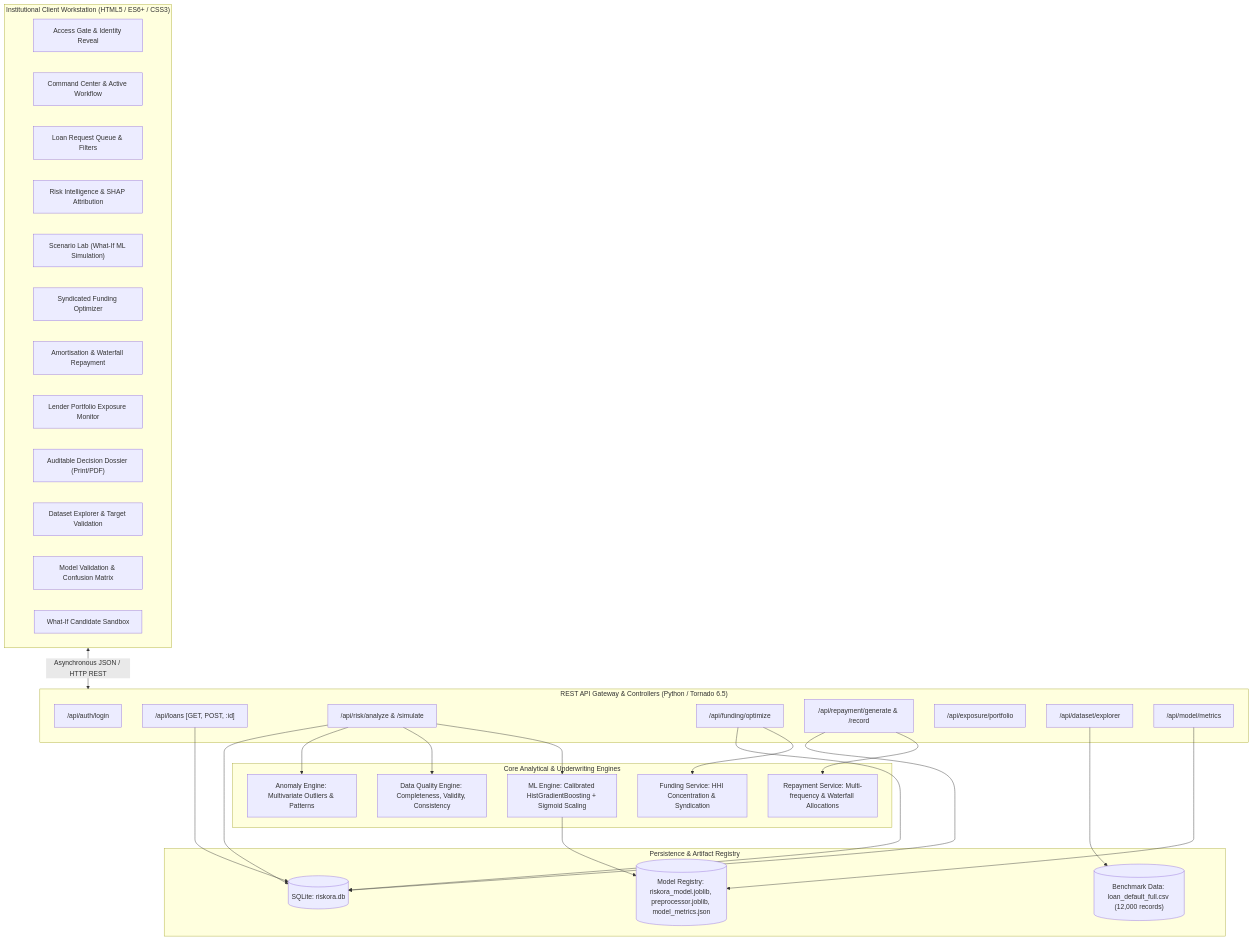
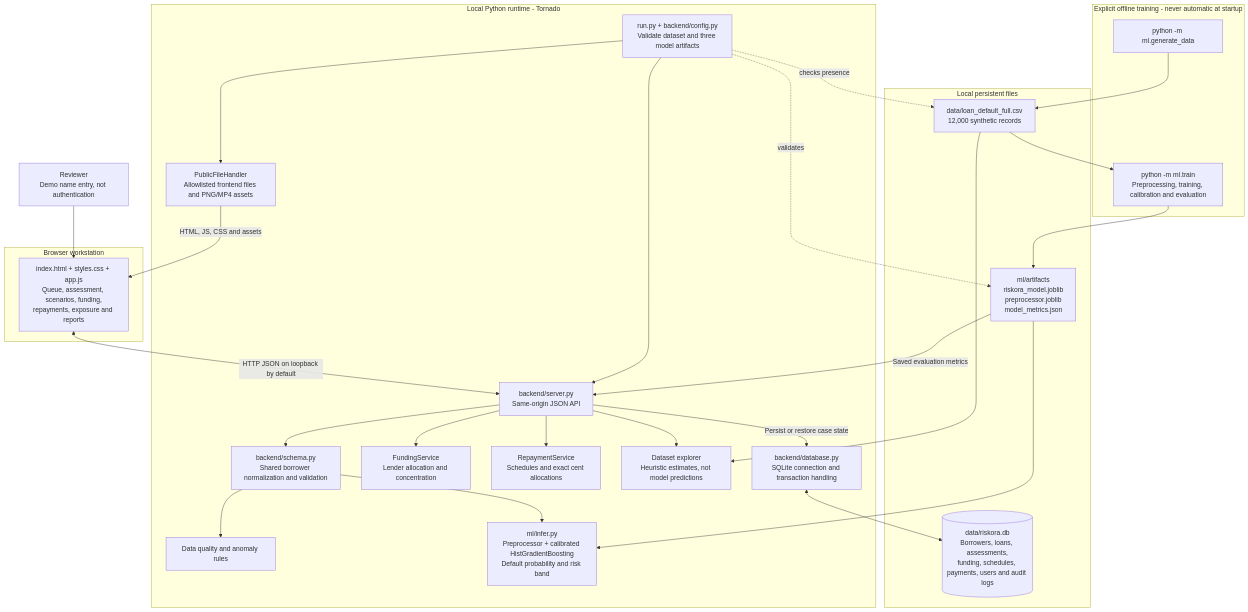
One commit to HarshidGiriver/RISKORA_MicroLending_Agentic_AI changed the first of 2 diagrams in ARCHITECTURE.md. Above: the diagram before and after it, drawn with Mermaid. The commit also changed other lines of this file and 1 other file, not shown here.

Commit message:
Document current application architecture and reviewer workflow

````diff
--- a/ARCHITECTURE.md
+++ b/ARCHITECTURE.md
@@ -10,56 +7,49 @@
 ```mermaid
-flowchart TD
-    subgraph ClientTier["Institutional Client Workstation (HTML5 / ES6+ / CSS3)"]
-        UI_Gate["Access Gate & Identity Reveal"]
-        UI_Cmd["Command Center & Active Workflow"]
-        UI_Queue["Loan Request Queue & Filters"]
-        UI_Risk["Risk Intelligence & SHAP Attribution"]
-        UI_Sim["Scenario Lab (What-If ML Simulation)"]
-        UI_Fund["Syndicated Funding Optimizer"]
-        UI_Repay["Amortisation & Waterfall Repayment"]
-        UI_Exp["Lender Portfolio Exposure Monitor"]
-        UI_Report["Auditable Decision Dossier (Print/PDF)"]
-        UI_Data["Dataset Explorer & Target Validation"]
-        UI_Val["Model Validation & Confusion Matrix"]
-        UI_Sand["What-If Candidate Sandbox"]
+flowchart TB
+    Reviewer["Reviewer<br/>Demo name entry, not authentication"]
+    subgraph Browser["Browser workstation"]
+        UI["index.html + styles.css + app.js<br/>Queue, assessment, scenarios, funding,<br/>repayments, exposure and reports"]
     end
-
-    subgraph APITier["REST API Gateway & Controllers (Python / Tornado 6.5)"]
-        API_Auth["/api/auth/login"]
-        API_Loans["/api/loans [GET, POST, :id]"]
-        API_Risk["/api/risk/analyze & /simulate"]
-        API_Fund["/api/funding/optimize"]
-        API_Repay["/api/repayment/generate & /record"]
-        API_Exp["/api/exposure/portfolio"]
-        API_Data["/api/dataset/explorer"]
-        API_Metrics["/api/model/metrics"]
+    subgraph Runtime["Local Python runtime - Tornado"]
+        Startup["run.py + backend/config.py<br/>Validate dataset and three model artifacts"]
+        Static["PublicFileHandler<br/>Allowlisted frontend files and PNG/MP4 assets"]
+        API["backend/server.py<br/>Same-origin JSON API"]
+        Schema["backend/schema.py<br/>Shared borrower normalization and validation"]
+        Quality["Data quality and anomaly rules"]
+        Inference["ml/infer.py<br/>Preprocessor + calibrated HistGradientBoosting<br/>Default probability and risk band"]
+        Funding["FundingService<br/>Lender allocation and concentration"]
+        Repayment["RepaymentService<br/>Schedules and exact cent allocations"]
+        Explorer["Dataset explorer<br/>Heuristic estimates, not model predictions"]
+        Store["backend/database.py<br/>SQLite connection and transaction handling"]
     end
-
-    subgraph LogicTier["Core Analytical & Underwriting Engines"]
-        ML_Engine["ML Engine: Calibrated HistGradientBoosting + Sigmoid Scaling"]
-        DQ_Engine["Data Quality Engine: Completeness, Validity, Consistency"]
-        Anom_Engine["Anomaly Engine: Multivariate Outliers & Patterns"]
-        Synd_Engine["Funding Service: HHI Concentration & Syndication"]
-        Waterfall_Engine["Repayment Service: Multi-frequency & Waterfall Allocations"]
+    subgraph Files["Local persistent files"]
+        DB[("data/riskora.db<br/>Borrowers, loans, assessments,<br/>funding, schedules, payments, users and audit logs")]
+        Artifacts["ml/artifacts<br/>riskora_model.joblib<br/>preprocessor.joblib<br/>model_metrics.json"]
+        Dataset["data/loan_default_full.csv<br/>12,000 synthetic records"]
     end
-
-    subgraph DataTier["Persistence & Artifact Registry"]
-        DB[(SQLite: riskora.db)]
-        Artifacts[("Model Registry: riskora_model.joblib, preprocessor.joblib, model_metrics.json")]
-        CSV_Data[("Benchmark Data: loan_default_full.csv (12,000 records)")]
+    subgraph Offline["Explicit offline training - never automatic at startup"]
+        Generate["python -m ml.generate_data"]
+        Train["python -m ml.train<br/>Preprocessing, training, calibration and evaluation"]
     end
-
-    ClientTier <-->|Asynchronous JSON / HTTP REST| APITier
-    API_Risk --> ML_Engine
-    API_Risk --> DQ_Engine
-    API_Risk --> Anom_Engine
-    API_Fund --> Synd_Engine
-    API_Repay --> Waterfall_Engine
-    API_Loans --> DB
-    API_Repay --> DB
-    API_Fund --> DB
-    API_Risk --> DB
-    API_Data --> CSV_Data
-    API_Metrics --> Artifacts
-    ML_Engine --> Artifacts
+    Reviewer --> UI
+    Startup --> API
+    Startup --> Static
+    Startup -. validates .-> Artifacts
+    Startup -. checks presence .-> Dataset
+    Static -->|HTML, JS, CSS and assets| UI
+    UI <-->|HTTP JSON on loopback by default| API
+    API --> Schema
+    Schema --> Quality
+    Schema --> Inference
+    Artifacts --> Inference
+    API --> Funding
+    API --> Repayment
+    API --> Explorer
+    Dataset --> Explorer
+    Artifacts -->|Saved evaluation metrics| API
+    API -->|Persist or restore case state| Store
+    Store <--> DB
+    Generate --> Dataset
+    Dataset --> Train
+    Train --> Artifacts
 ```
````
